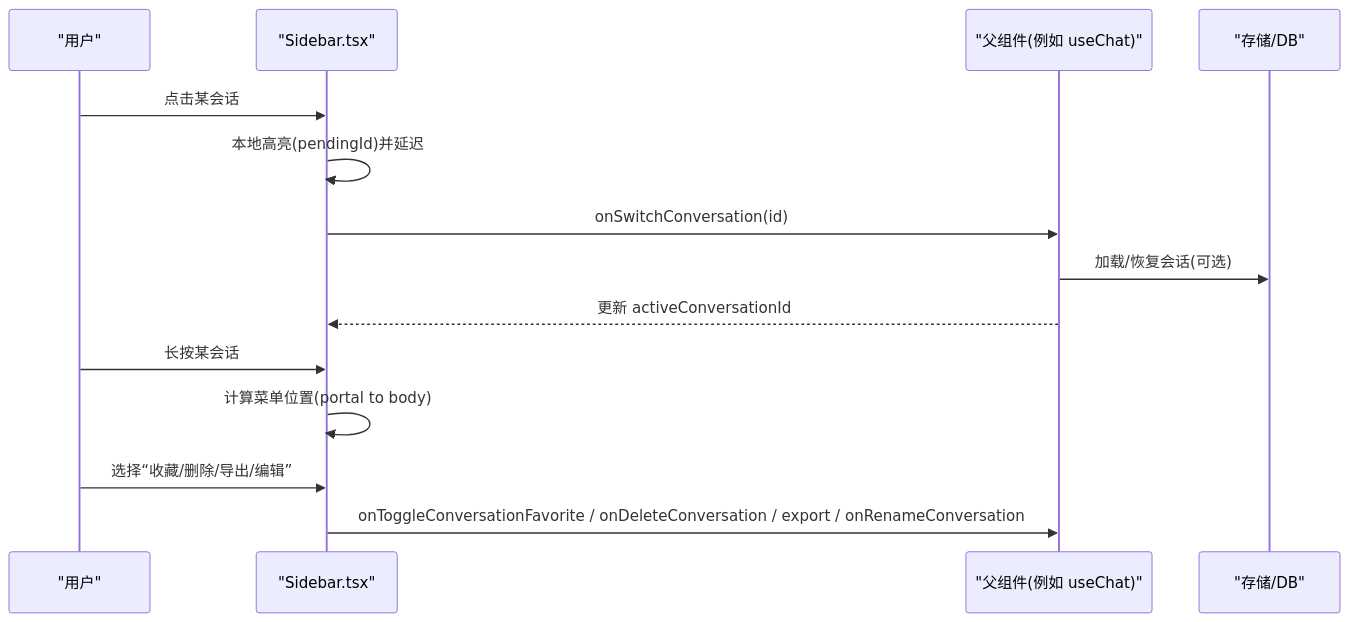
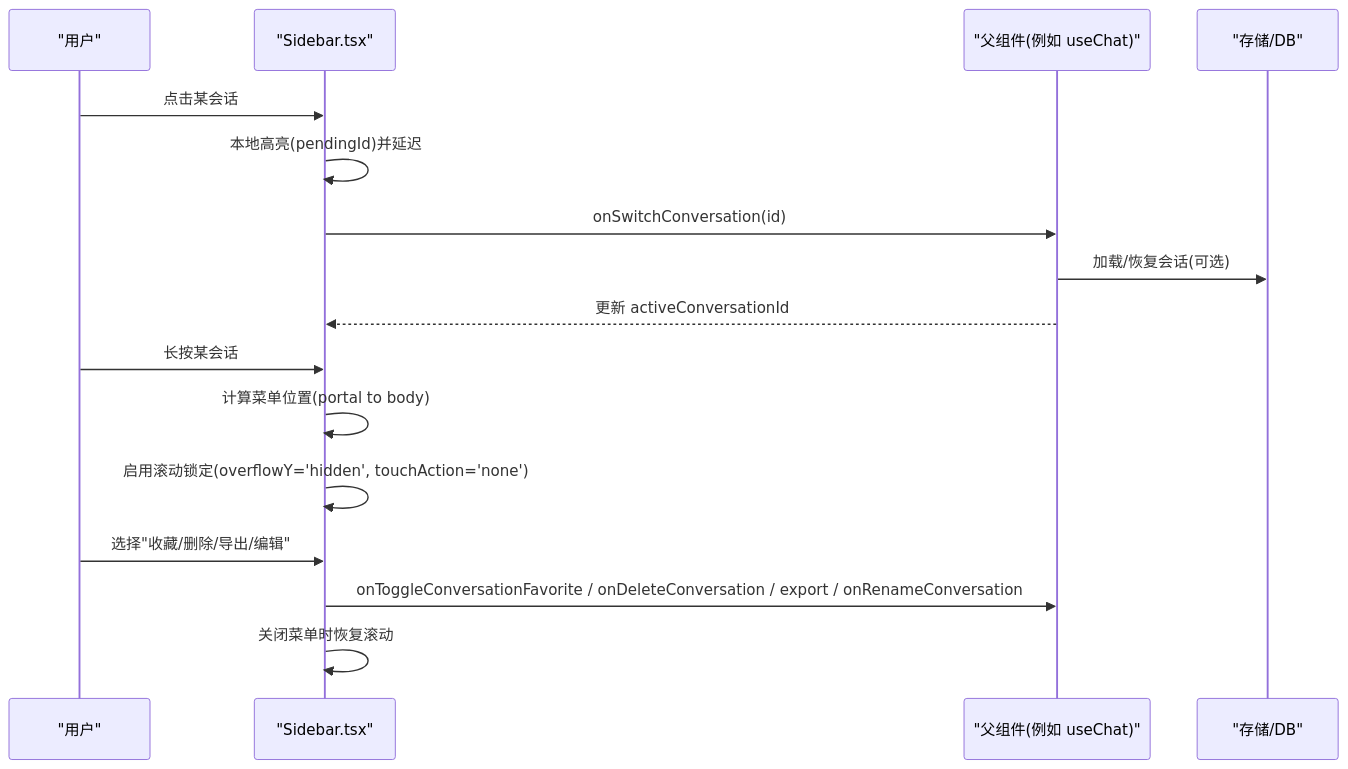
Before and after one commit to billye220670/AIShop: the second of 7 diagrams in .qoder/repowiki/zh/content/核心组件/侧边栏组件 Sidebar.md, drawn with Mermaid. The commit also changed other lines of this file and 45 other files, not shown here.

````diff
--- a/.qoder/repowiki/zh/content/核心组件/侧边栏组件 Sidebar.md
+++ b/.qoder/repowiki/zh/content/核心组件/侧边栏组件 Sidebar.md
@@ -78,16 +84,18 @@
 ```mermaid
 sequenceDiagram
 participant U as "用户"
 participant S as "Sidebar.tsx"
 participant P as "父组件(例如 useChat)"
 participant M as "存储/DB"
 U->>S : 点击某会话
 S->>S : 本地高亮(pendingId)并延迟
 S->>P : onSwitchConversation(id)
 P->>M : 加载/恢复会话(可选)
 P-->>S : 更新 activeConversationId
 U->>S : 长按某会话
 S->>S : 计算菜单位置(portal to body)
-U->>S : 选择“收藏/删除/导出/编辑”
+S->>S : 启用滚动锁定(overflowY='hidden', touchAction='none')
+U->>S : 选择"收藏/删除/导出/编辑"
 S->>P : onToggleConversationFavorite / onDeleteConversation / export / onRenameConversation
+S->>S : 关闭菜单时恢复滚动
 ```
````
